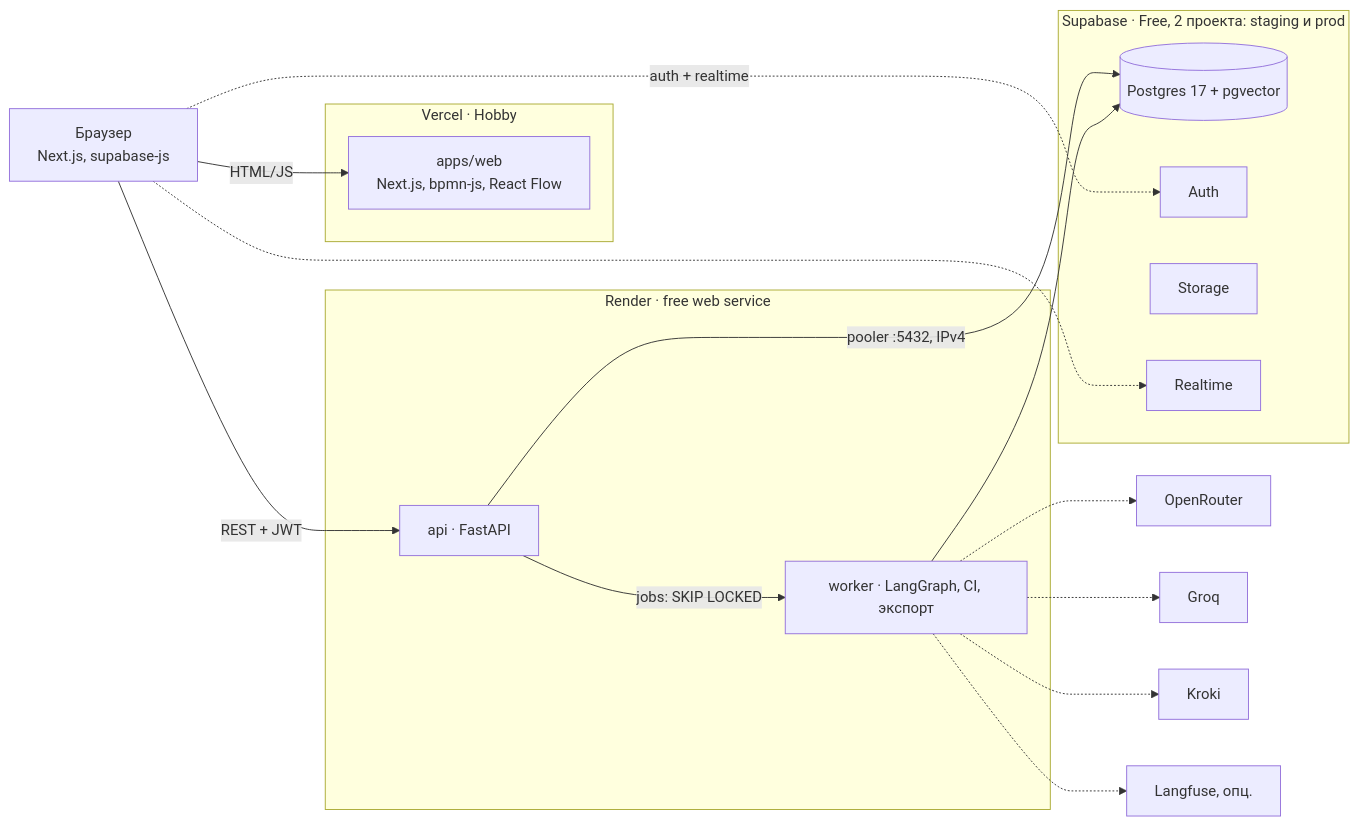
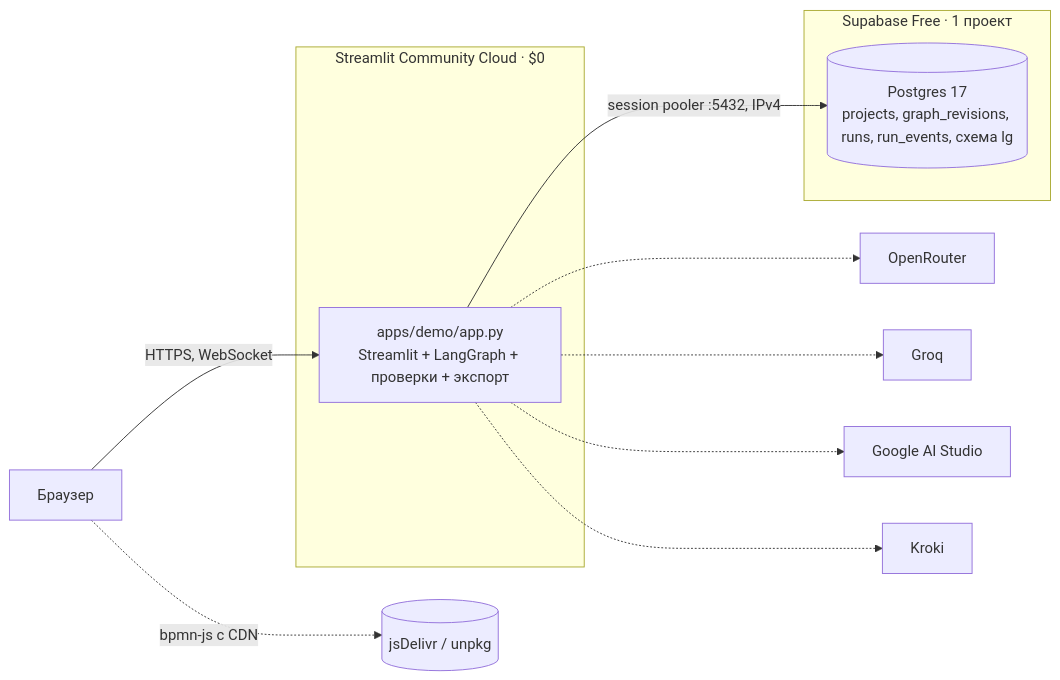
The diagram in docs/tech-design/07_deploy.md (Axx-Axvd/reqgraph), drawn with Mermaid before and after one commit. The commit also changed other lines of this file and 23 other files, not shown here.

````diff
--- a/docs/tech-design/07_deploy.md
+++ b/docs/tech-design/07_deploy.md
@@ -10,26 +10,17 @@
 ```mermaid
 flowchart LR
-  B[Браузер<br/>Next.js, supabase-js]
-  subgraph Vercel[Vercel · Hobby]
-    W[apps/web<br/>Next.js, bpmn-js, React Flow]
+  B[Браузер]
+  subgraph SC[Streamlit Community Cloud · $0]
+    D[apps/demo/app.py<br/>Streamlit + LangGraph + проверки + экспорт]
   end
-  subgraph Render[Render · free web service]
-    A[api · FastAPI] -->|jobs: SKIP LOCKED| WK[worker · LangGraph, CI, экспорт]
+  subgraph SB[Supabase Free · 1 проект]
+    PG[(Postgres 17<br/>projects, graph_revisions, runs, run_events, схема lg)]
   end
-  subgraph Supabase[Supabase · Free, 2 проекта: staging и prod]
-    PG[(Postgres 17 + pgvector)]
-    AU[Auth]
-    ST[Storage]
-    RT[Realtime]
-  end
-  B -->|HTML/JS| W
-  B -->|REST + JWT| A
-  B -.->|auth + realtime| AU
-  B -.-> RT
-  A -->|pooler :5432, IPv4| PG
-  WK --> PG
-  WK -.-> OR[OpenRouter]
-  WK -.-> GQ[Groq]
-  WK -.-> KR[Kroki]
-  WK -.-> LF[Langfuse, опц.]
+  B -->|HTTPS, WebSocket| D
+  D -->|session pooler :5432, IPv4| PG
+  D -.-> OR[OpenRouter]
+  D -.-> GQ[Groq]
+  D -.-> GM[Google AI Studio]
+  D -.-> KR[Kroki]
+  B -.->|bpmn-js с CDN| CDN[(jsDelivr / unpkg)]
 ```
````
